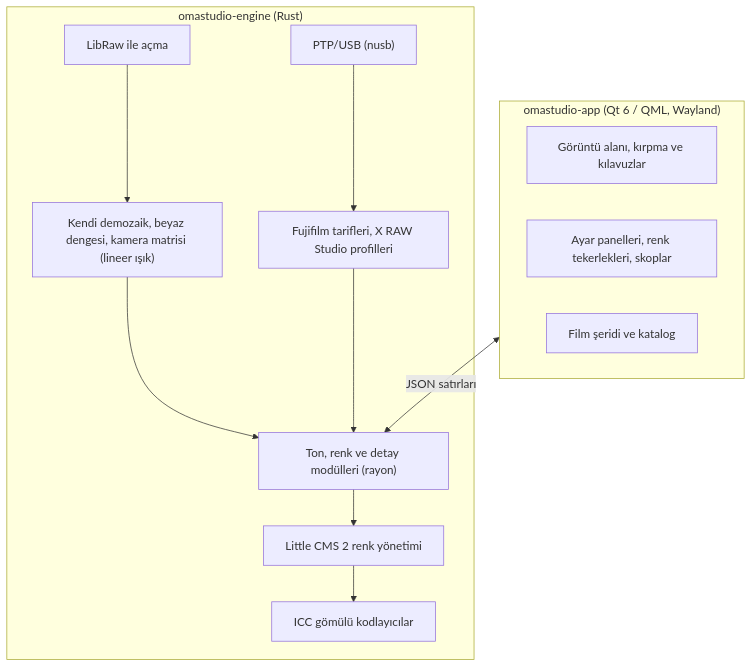
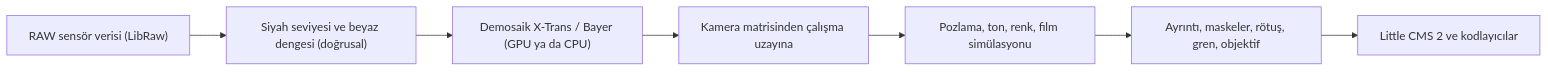
The diagram in README.tr.md (ozdil/omarchy-omastudio), drawn with Mermaid before and after one commit. The commit also changed other lines of this file and 63 other files, not shown here.

````diff
--- a/README.tr.md
+++ b/README.tr.md
@@ -41,23 +72,9 @@
 ```mermaid
-graph TD
-    subgraph UI ["omastudio-app (Qt 6 / QML, Wayland)"]
-        Viewport["Görüntü alanı, kırpma ve kılavuzlar"]
-        Panels["Ayar panelleri, renk tekerlekleri, skoplar"]
-        Library["Film şeridi ve katalog"]
-    end
-
-    subgraph Engine ["omastudio-engine (Rust)"]
-        Decode["LibRaw ile açma"]
-        Develop["Kendi demozaik, beyaz dengesi, kamera matrisi (lineer ışık)"]
-        Pipeline["Ton, renk ve detay modülleri (rayon)"]
-        ICC["Little CMS 2 renk yönetimi"]
-        Fuji["Fujifilm tarifleri, X RAW Studio profilleri"]
-        PTP["PTP/USB (nusb)"]
-        Export["ICC gömülü kodlayıcılar"]
-    end
-
-    UI <-->|JSON satırları| Pipeline
-    Decode --> Develop --> Pipeline --> ICC --> Export
-    Fuji --> Pipeline
-    PTP --> Fuji
+flowchart LR
+    A["RAW sensör verisi (LibRaw)"] --> B["Siyah seviyesi ve beyaz dengesi (doğrusal)"]
+    B --> C["Demosaik X-Trans / Bayer (GPU ya da CPU)"]
+    C --> D["Kamera matrisinden çalışma uzayına"]
+    D --> E["Pozlama, ton, renk, film simülasyonu"]
+    E --> F["Ayrıntı, maskeler, rötuş, gren, objektif"]
+    F --> G["Little CMS 2 ve kodlayıcılar"]
 ```
````
